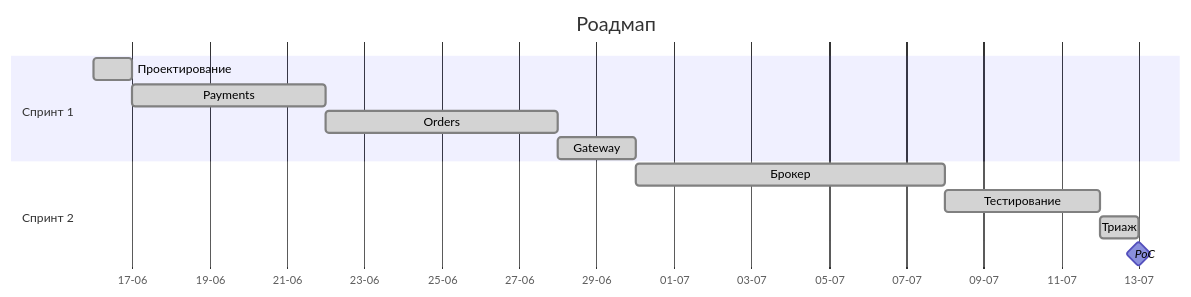
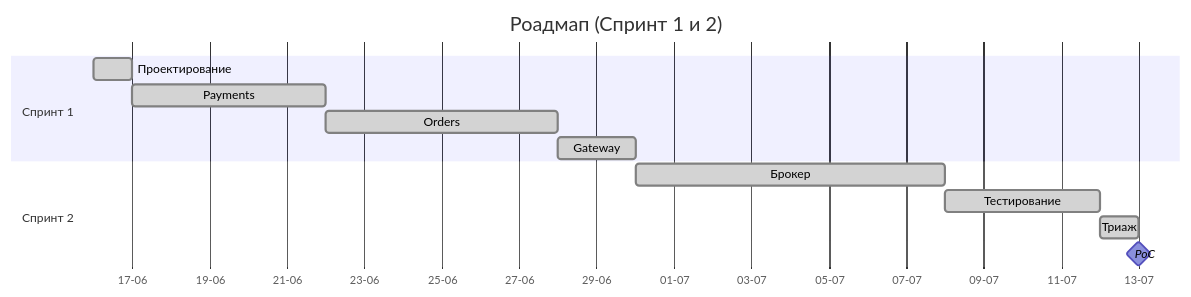
Before and after one commit to YatoroG/OrbitaMarket: the first of 2 diagrams in docs/PROJECT.md, drawn with Mermaid. The commit also changed other lines of this file, not shown here.

Commit message:
Update roadmap

````diff
--- a/docs/PROJECT.md
+++ b/docs/PROJECT.md
@@ -58,24 +58,24 @@
 ```mermaid
 ---
 config:
   themeVariables:
     fontFamily: arial
 ---
 
 gantt
-    title Роадмап
+    title Роадмап (Спринт 1 и 2)
     dateFormat  YYYY-MM-DD
     axisFormat  %d-%m
 
     section Спринт 1
     Проектирование :done, r1, 2026-06-16, 1d
     Payments       :done, p1, after r1, 5d
     Orders         :done, p2, after p1, 6d
     Gateway        :done, p3, after p2, 2d
 
     section Спринт 2
     Брокер         :done, b1, after p3, 8d
     Тестирование   :done, t1, after b1, 4d
     Триаж          :done, s1, after t1, 1d
-    PoC            :milestone, mvp, after s1, 0d
+    PoC            :milestone, poc, after s1, 0d
 ```
````
